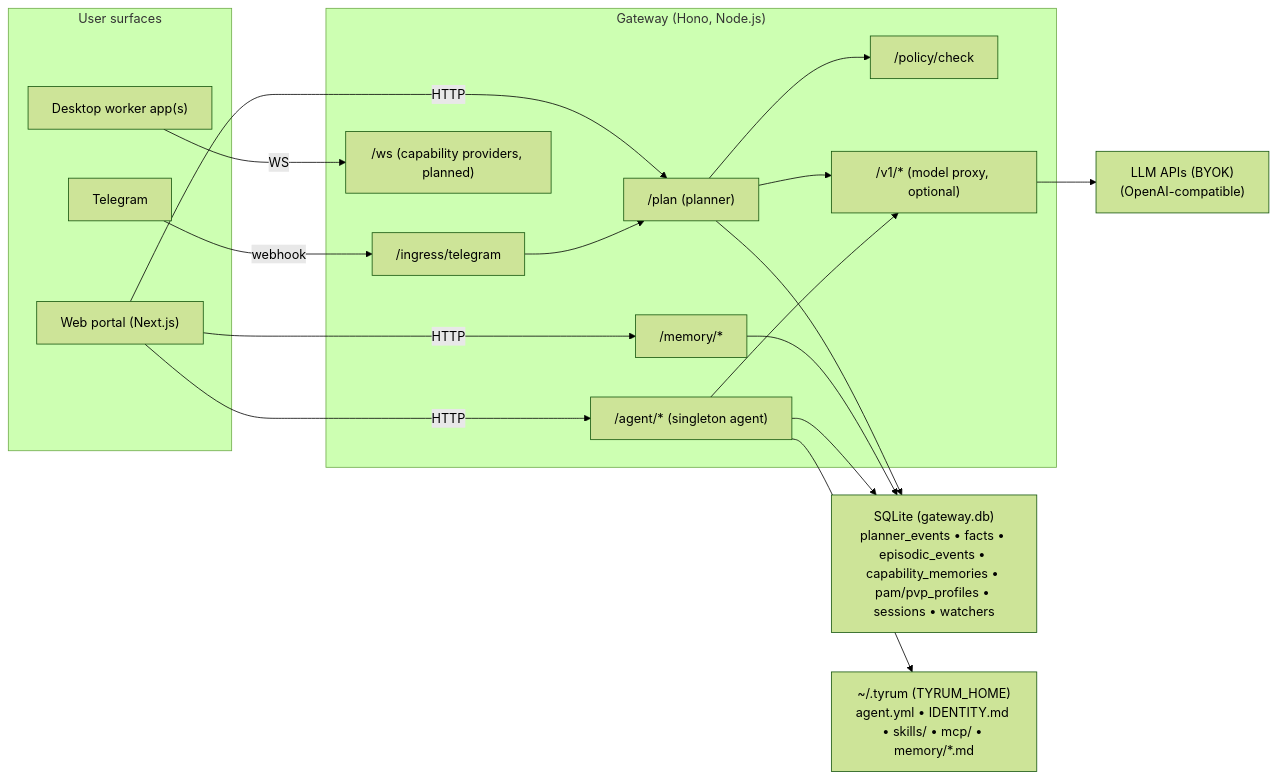
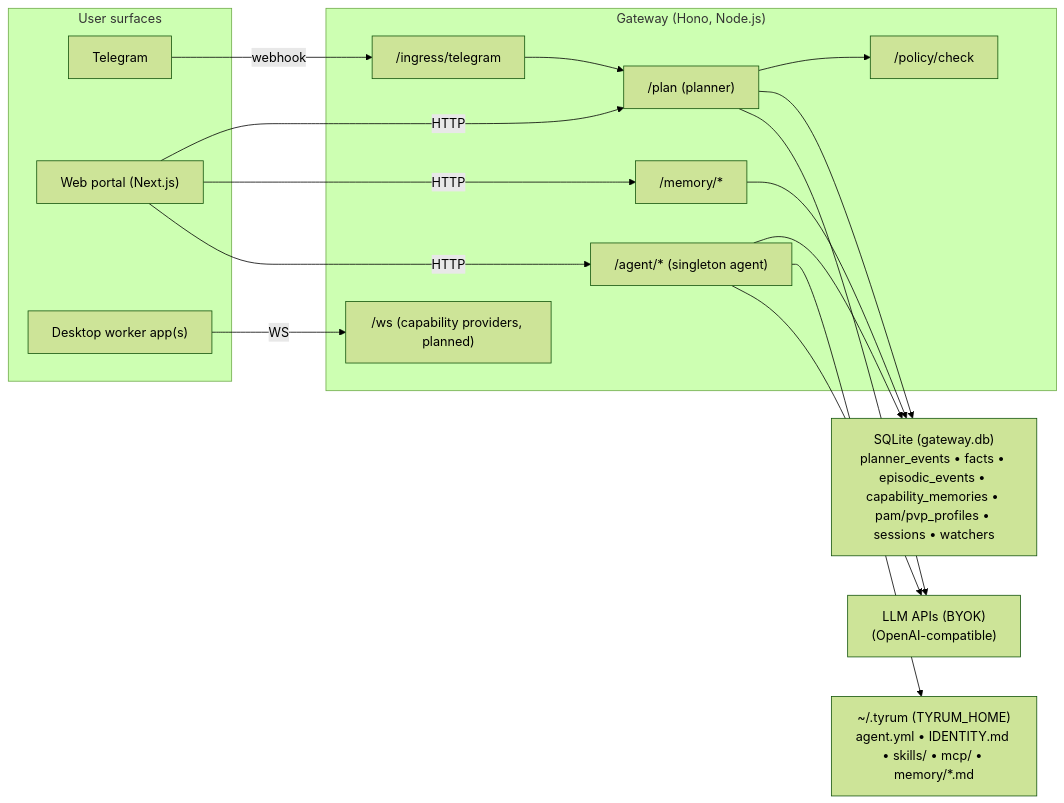
One commit to tyrumai/tyrum changed the diagram in docs/vision.md. Above: the diagram before and after it, drawn with Mermaid (forest theme). The commit also changed other lines of this file, not shown here.

````diff
--- a/docs/vision.md
+++ b/docs/vision.md
@@ -85,40 +85,38 @@
 ```mermaid
 flowchart LR
   subgraph Surfaces["User surfaces"]
     TG["Telegram"]
     PORTAL["Web portal (Next.js)"]
     DESKTOP["Desktop worker app(s)"]
   end
 
   subgraph Gateway["Gateway (Hono, Node.js)"]
     INGRESS["/ingress/telegram"]
     PLAN["/plan (planner)"]
     POLICY["/policy/check"]
     MEMORY["/memory/*"]
     AGENT["/agent/* (singleton agent)"]
-    MODEL["/v1/* (model proxy, optional)"]
     WS["/ws (capability providers, planned)"]
   end
 
   DB["SQLite (gateway.db)\nplanner_events • facts • episodic_events • capability_memories • pam/pvp_profiles • sessions • watchers"]
   HOME["~/.tyrum (TYRUM_HOME)\nagent.yml • IDENTITY.md • skills/ • mcp/ • memory/*.md"]
   UPSTREAM["LLM APIs (BYOK)\n(OpenAI-compatible)"]
 
   TG -->|webhook| INGRESS
   PORTAL -->|HTTP| PLAN
   PORTAL -->|HTTP| MEMORY
   PORTAL -->|HTTP| AGENT
   DESKTOP -->|WS| WS
 
   INGRESS --> PLAN
 
   PLAN --> POLICY
   PLAN --> DB
   MEMORY --> DB
   AGENT --> DB
   AGENT --> HOME
 
-  PLAN --> MODEL
-  AGENT --> MODEL
-  MODEL --> UPSTREAM
+  PLAN --> UPSTREAM
+  AGENT --> UPSTREAM
 ```
````
